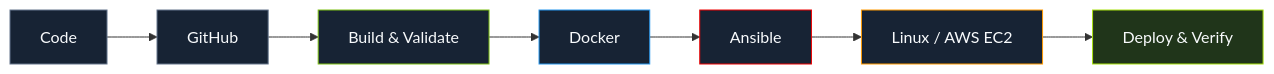
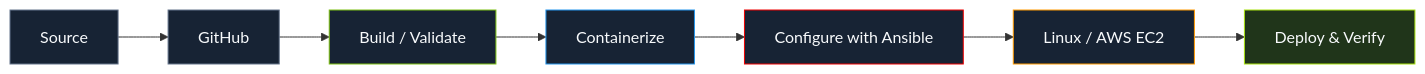
One commit to YWKihar/YWKihar changed the diagram in README.md. Above: the diagram before and after it, drawn with Mermaid. The commit also changed other lines of this file, not shown here.

````diff
--- a/README.md
+++ b/README.md
@@ -46,17 +51,17 @@
 ```mermaid
 flowchart LR
-    A["Code"] --> B["GitHub"]
-    B --> C["Build & Validate"]
-    C --> D["Docker"]
-    D --> E["Ansible"]
+    A["Source"] --> B["GitHub"]
+    B --> C["Build / Validate"]
+    C --> D["Containerize"]
+    D --> E["Configure with Ansible"]
     E --> F["Linux / AWS EC2"]
     F --> G["Deploy & Verify"]
 
     style A fill:#172334,stroke:#64748b,color:#f8fafc
     style B fill:#172334,stroke:#64748b,color:#f8fafc
     style C fill:#172334,stroke:#7cbf12,color:#f8fafc
     style D fill:#172334,stroke:#2496ed,color:#f8fafc
     style E fill:#172334,stroke:#ee0000,color:#f8fafc
     style F fill:#172334,stroke:#ff9900,color:#f8fafc
     style G fill:#20351a,stroke:#a8e20e,color:#f8fafc
 ```
````
